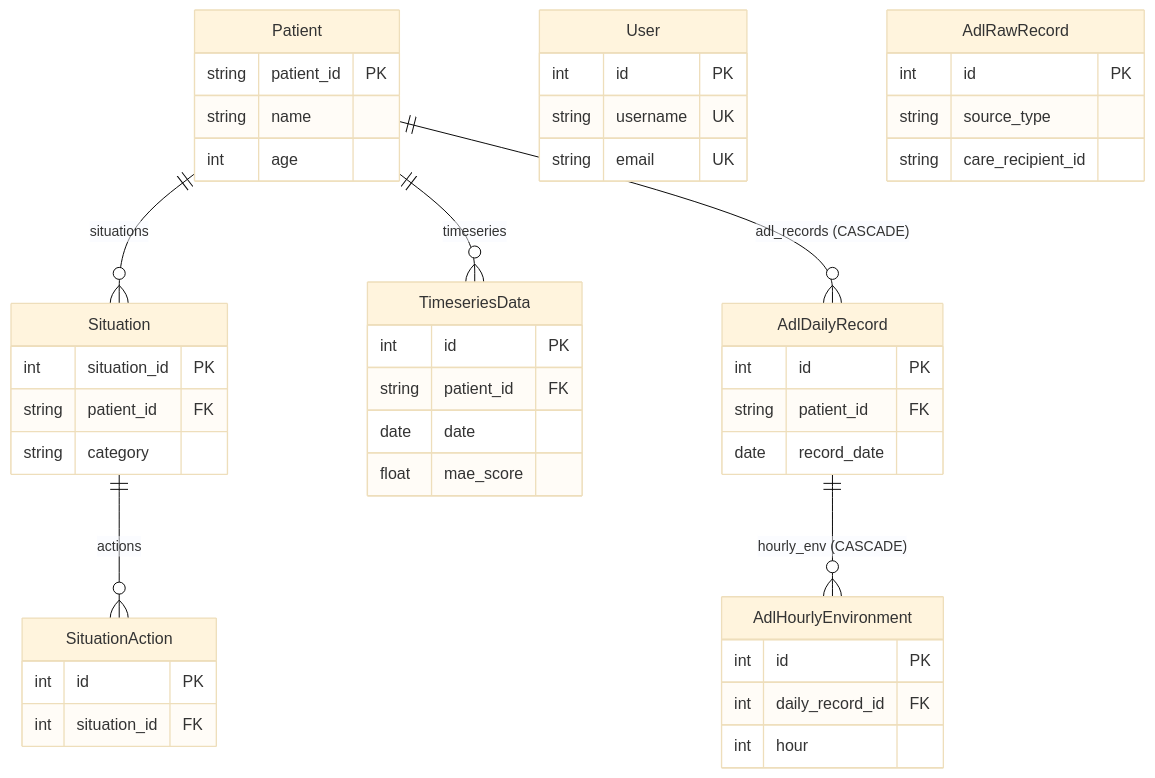
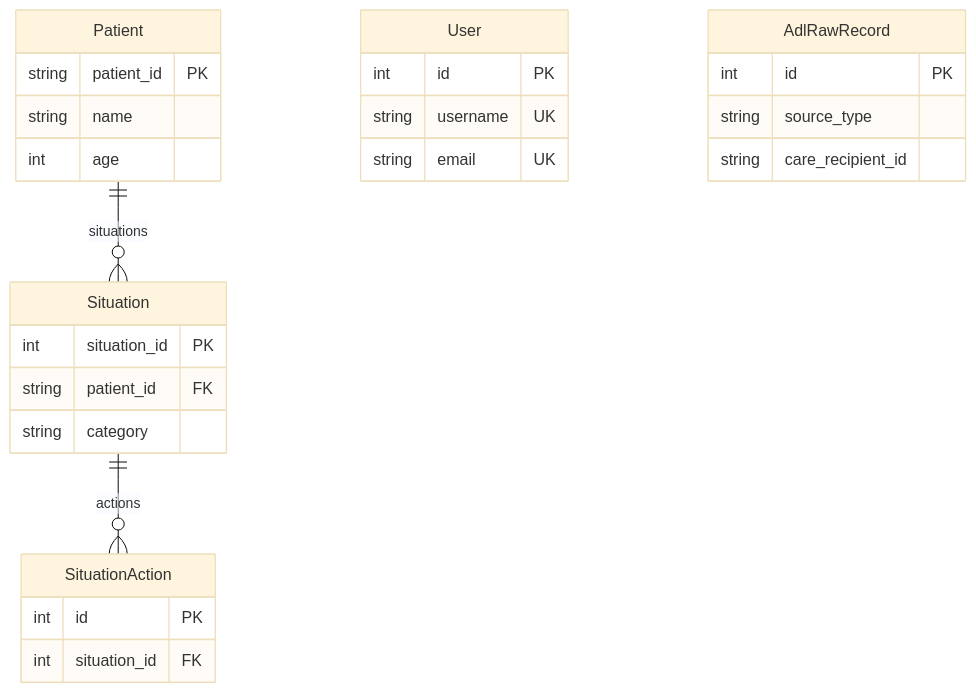
Before and after one commit to greenrain78/salpyeobom-backend: the diagram in docs/database-schema.md, drawn with Mermaid (base theme). The commit also changed other lines of this file and 13 other files, not shown here.

First line of the commit message:
refactor: drop legacy analytics layer (TimeseriesData + AdlDailyRecord/HourlyEnvironment)

````diff
--- a/docs/database-schema.md
+++ b/docs/database-schema.md
@@ -37,49 +38,30 @@
 ```mermaid
 erDiagram
     Patient ||--o{ Situation : "situations"
     Situation ||--o{ SituationAction : "actions"
-    Patient ||--o{ TimeseriesData : "timeseries"
-    Patient ||--o{ AdlDailyRecord : "adl_records (CASCADE)"
-    AdlDailyRecord ||--o{ AdlHourlyEnvironment : "hourly_env (CASCADE)"
 
     User {
         int id PK
         string username UK
         string email UK
     }
     Patient {
         string patient_id PK
         string name
         int age
     }
     Situation {
         int situation_id PK
         string patient_id FK
         string category
     }
     SituationAction {
         int id PK
         int situation_id FK
     }
-    TimeseriesData {
-        int id PK
-        string patient_id FK
-        date date
-        float mae_score
-    }
-    AdlDailyRecord {
-        int id PK
-        string patient_id FK
-        date record_date
-    }
-    AdlHourlyEnvironment {
-        int id PK
-        int daily_record_id FK
-        int hour
-    }
     AdlRawRecord {
         int id PK
         string source_type
         string care_recipient_id
     }
 ```
````
